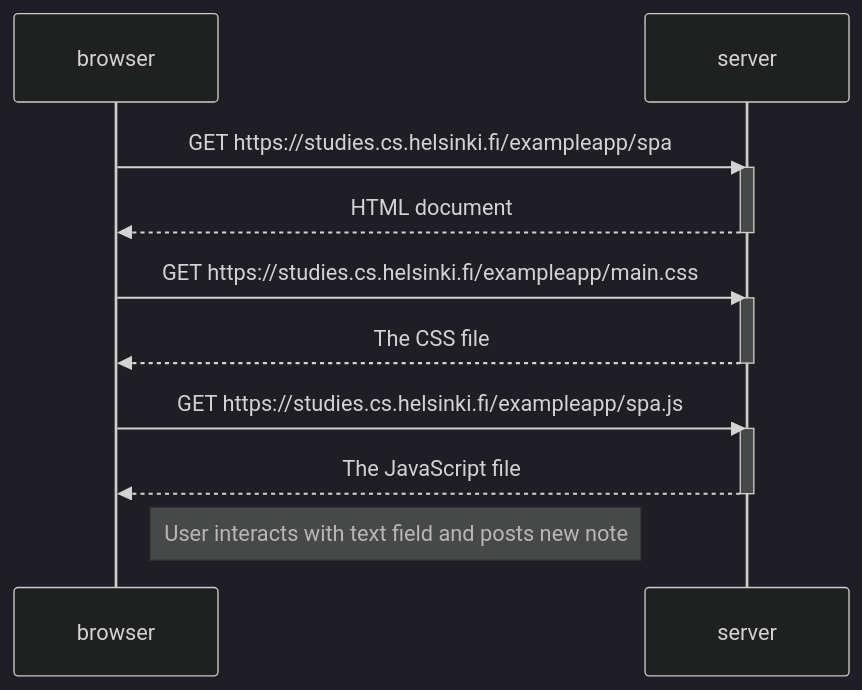
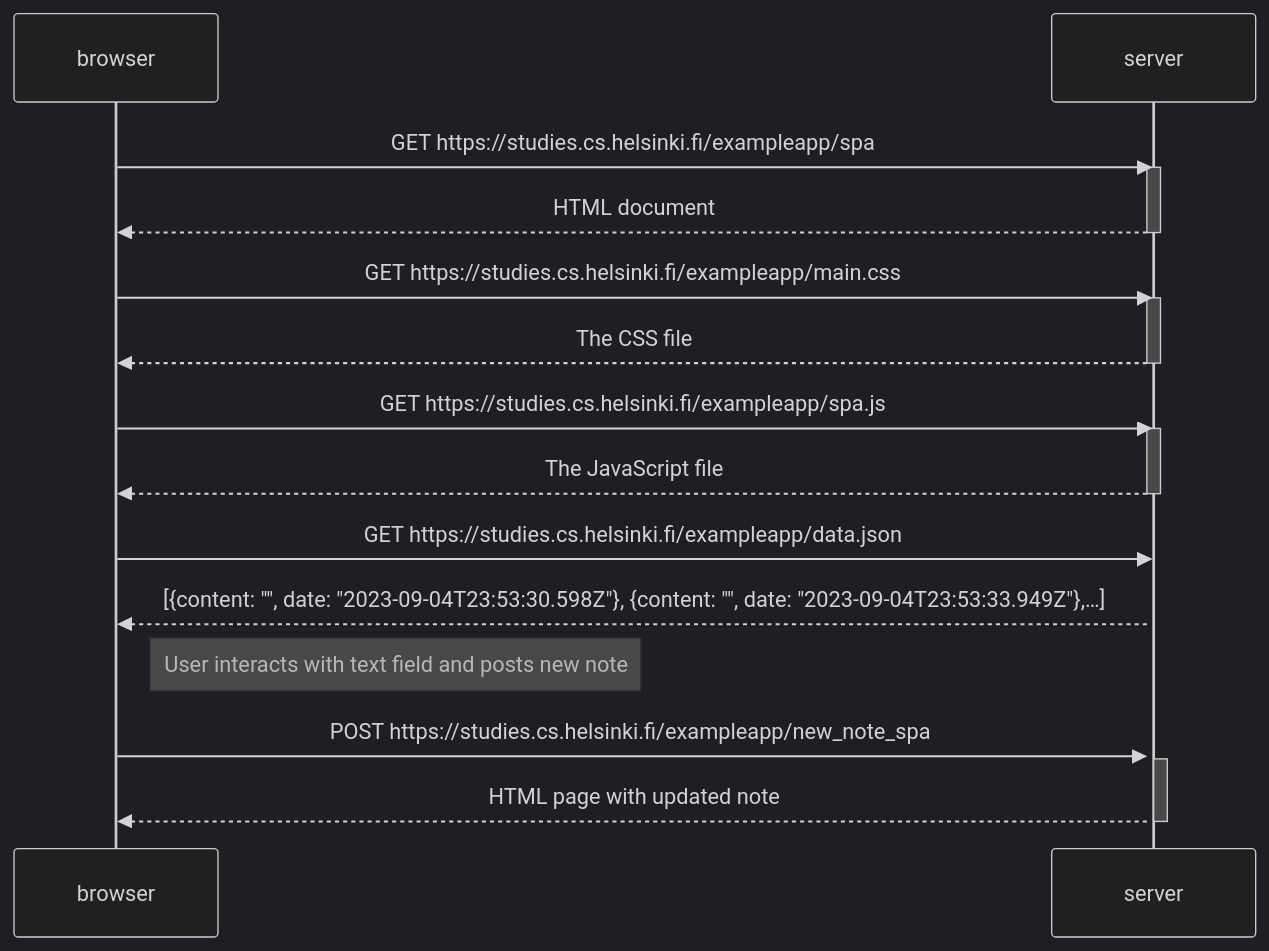
One commit to robynainsley21/fullstack-open changed the diagram in Exercise 0.6 (New note in Single page app diagram).md. Above: the diagram before and after it, drawn with Mermaid (dark theme). The commit also changed 1 other file, not shown here.

````diff
--- a/Exercise 0.6 (New note in Single page app diagram).md
+++ b/Exercise 0.6 (New note in Single page app diagram).md
@@ -1,22 +1,32 @@
 ```mermaid
 sequenceDiagram
     participant browser
     participant server
 
   browser->>server: GET https://studies.cs.helsinki.fi/exampleapp/spa
     activate server 
     server-->>browser: HTML document
     deactivate server 
 
     browser->>server: GET https://studies.cs.helsinki.fi/exampleapp/main.css
     activate server
     server-->>browser: The CSS file
     deactivate server
 
     browser->>server: GET https://studies.cs.helsinki.fi/exampleapp/spa.js
     activate server
     server-->>browser: The JavaScript file
     deactivate server
 
+    browser->>server: GET https://studies.cs.helsinki.fi/exampleapp/data.json
+    activate server
+    server-->>browser: [{content: "", date: "2023-09-04T23:53:30.598Z"}, {content: "", date: "2023-09-04T23:53:33.949Z"},…]
+
     Note right of browser: User interacts with text field and posts new note
+
+    browser->>server: POST https://studies.cs.helsinki.fi/exampleapp/new_note_spa
+    activate server
+    server-->>browser: HTML page with updated note
+    deactivate server
+
 ```
````
